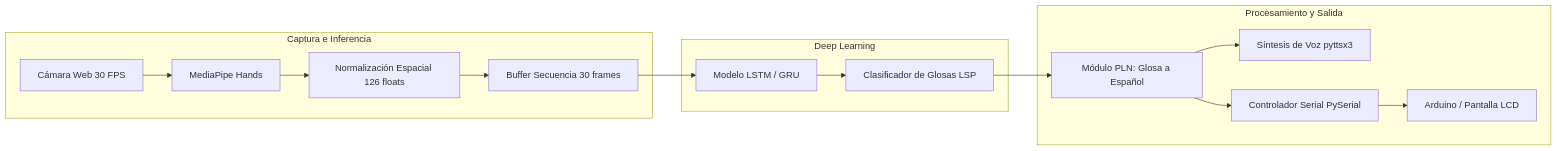
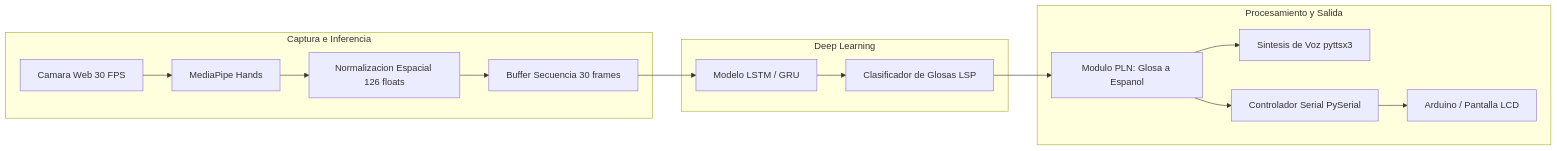
Before and after one commit to mrln-trrs/interprete-lsp: the first of 2 diagrams in README.md, drawn with Mermaid. The commit also changed other lines of this file and 1 other file, not shown here.

````diff
--- a/README.md
+++ b/README.md
@@ -20,20 +20,20 @@
 ```mermaid
 flowchart LR
     subgraph Captura e Inferencia
-        Cam[Cámara Web 30 FPS] --> MP[MediaPipe Hands]
-        MP --> Norm[Normalización Espacial 126 floats]
+        Cam[Camara Web 30 FPS] --> MP[MediaPipe Hands]
+        MP --> Norm[Normalizacion Espacial 126 floats]
         Norm --> Buf[Buffer Secuencia 30 frames]
     end
 
     subgraph Deep Learning
         Buf --> LSTM[Modelo LSTM / GRU]
         LSTM --> Class[Clasificador de Glosas LSP]
     end
 
     subgraph Procesamiento y Salida
-        Class --> NLP[Módulo PLN: Glosa a Español]
-        NLP --> Audio[Síntesis de Voz pyttsx3]
+        Class --> NLP[Modulo PLN: Glosa a Espanol]
+        NLP --> Audio[Sintesis de Voz pyttsx3]
         NLP --> Serial[Controlador Serial PySerial]
         Serial --> Ard[Arduino / Pantalla LCD]
     end
 ```
````
